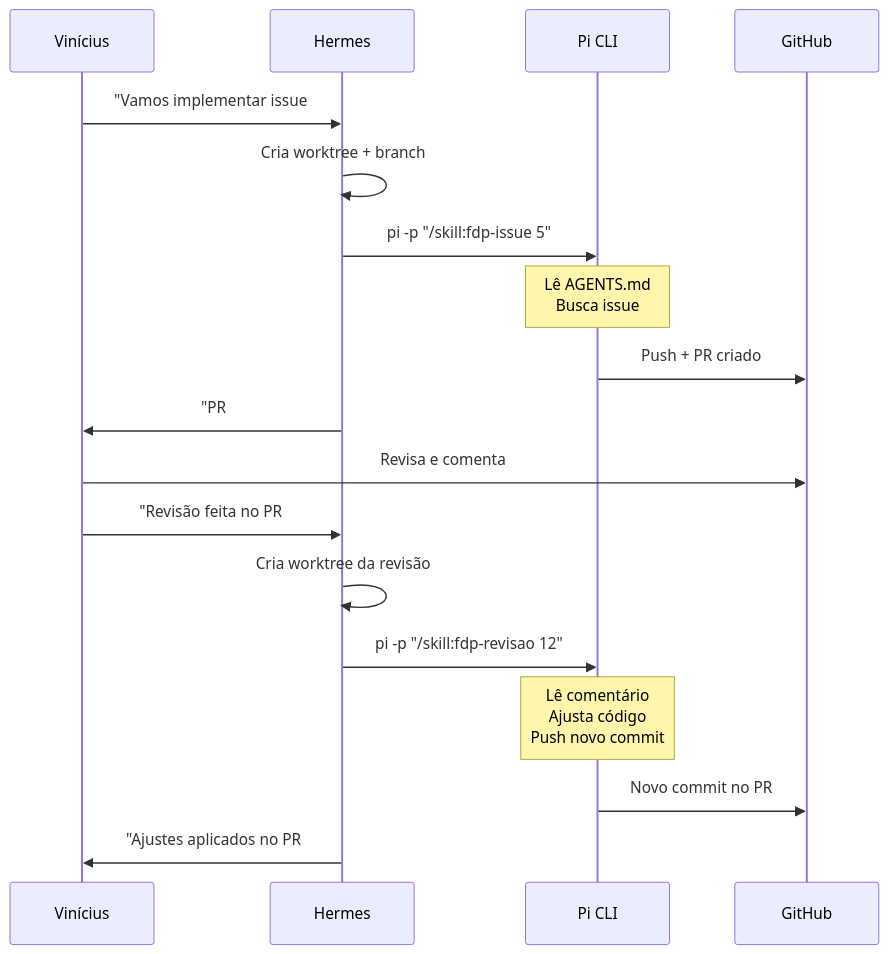
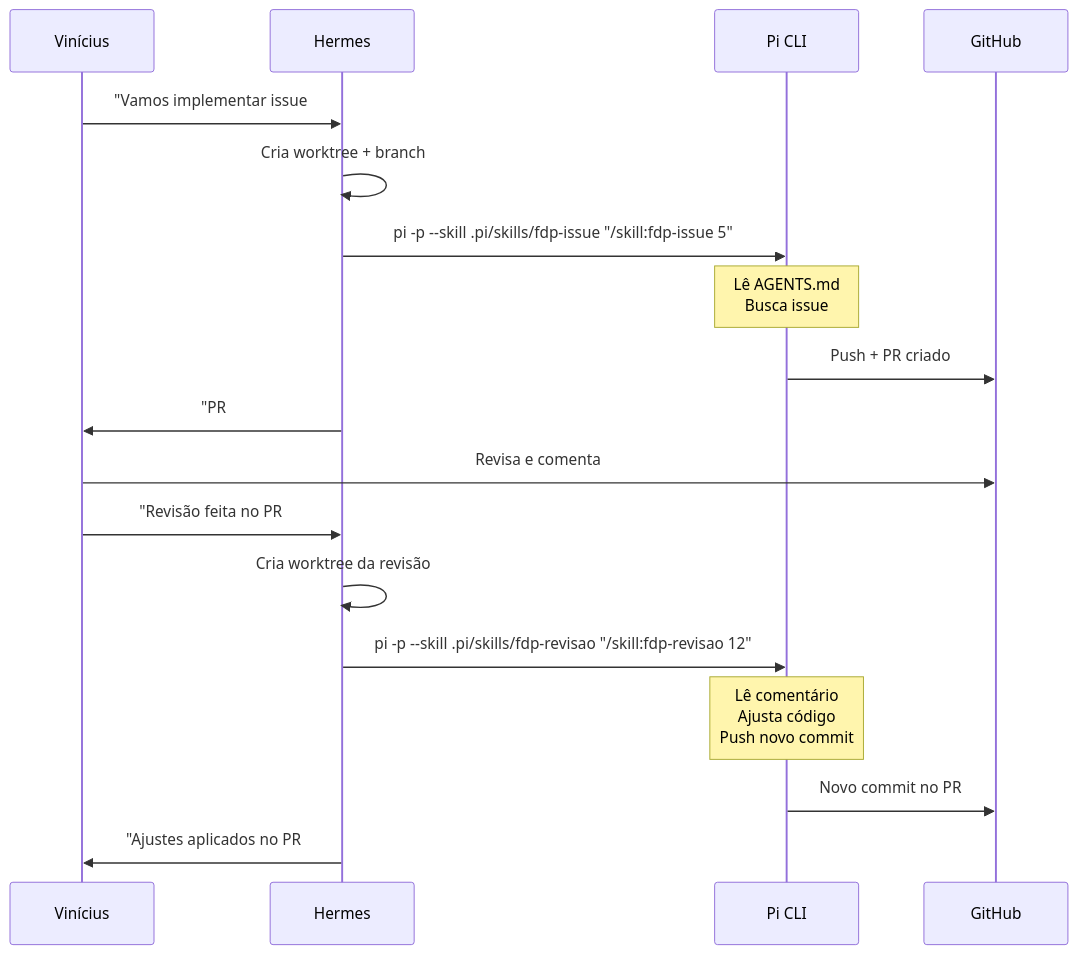
Before and after one commit to Dhinihan/fdp-online: the diagram in ORQUESTRACAO.md, drawn with Mermaid. The commit also changed other lines of this file, not shown here.

````diff
--- a/ORQUESTRACAO.md
+++ b/ORQUESTRACAO.md
@@ -85,21 +85,21 @@
 ```mermaid
 sequenceDiagram
     participant V as Vinícius
     participant H as Hermes
     participant Pi as Pi CLI
     participant GH as GitHub
 
     V->>H: "Vamos implementar issue #5"
     H->>H: Cria worktree + branch
-    H->>Pi: pi -p "/skill:fdp-issue 5"
+    H->>Pi: pi -p --skill .pi/skills/fdp-issue "/skill:fdp-issue 5"
     Note over Pi: Lê AGENTS.md<br/>Busca issue #5<br/>Implementa<br/>Roda testes<br/>Abre PR
     Pi->>GH: Push + PR criado
     H->>V: "PR #12 aberto para issue #5"
     V->>GH: Revisa e comenta
     V->>H: "Revisão feita no PR #12"
     H->>H: Cria worktree da revisão
-    H->>Pi: pi -p "/skill:fdp-revisao 12"
+    H->>Pi: pi -p --skill .pi/skills/fdp-revisao "/skill:fdp-revisao 12"
     Note over Pi: Lê comentário<br/>Ajusta código<br/>Push novo commit
     Pi->>GH: Novo commit no PR #12
     H->>V: "Ajustes aplicados no PR #12"
 ```
````
